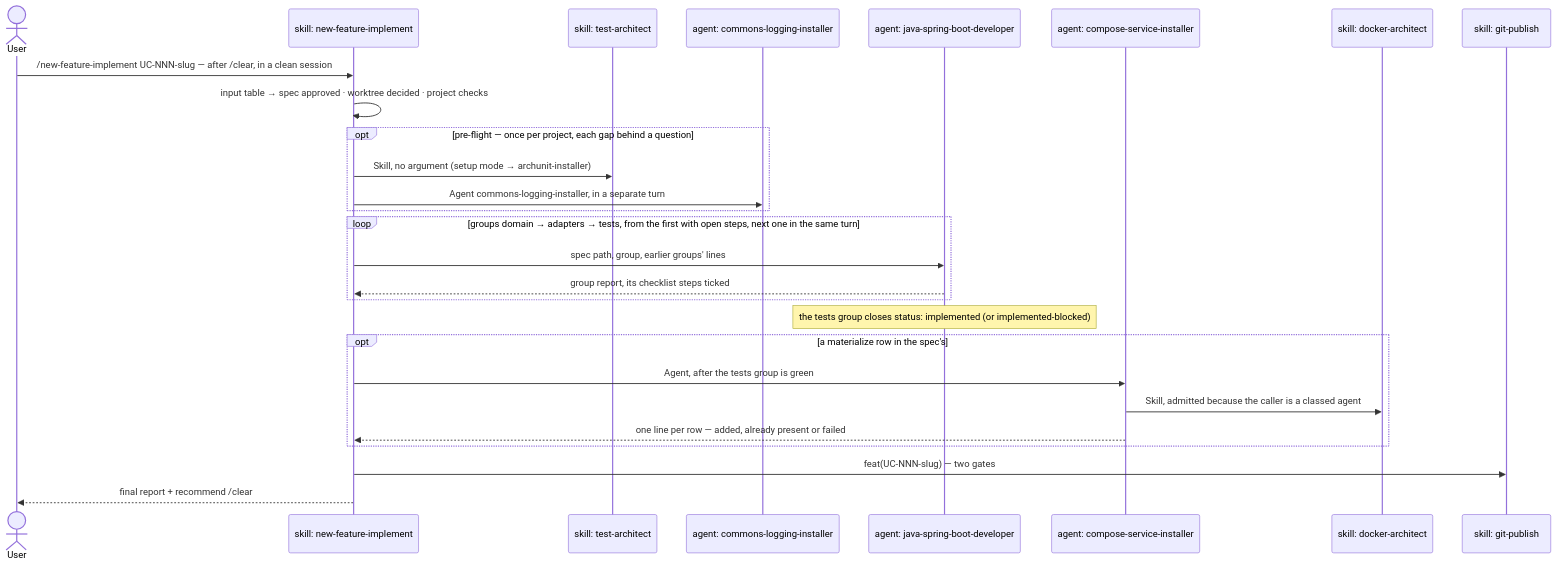
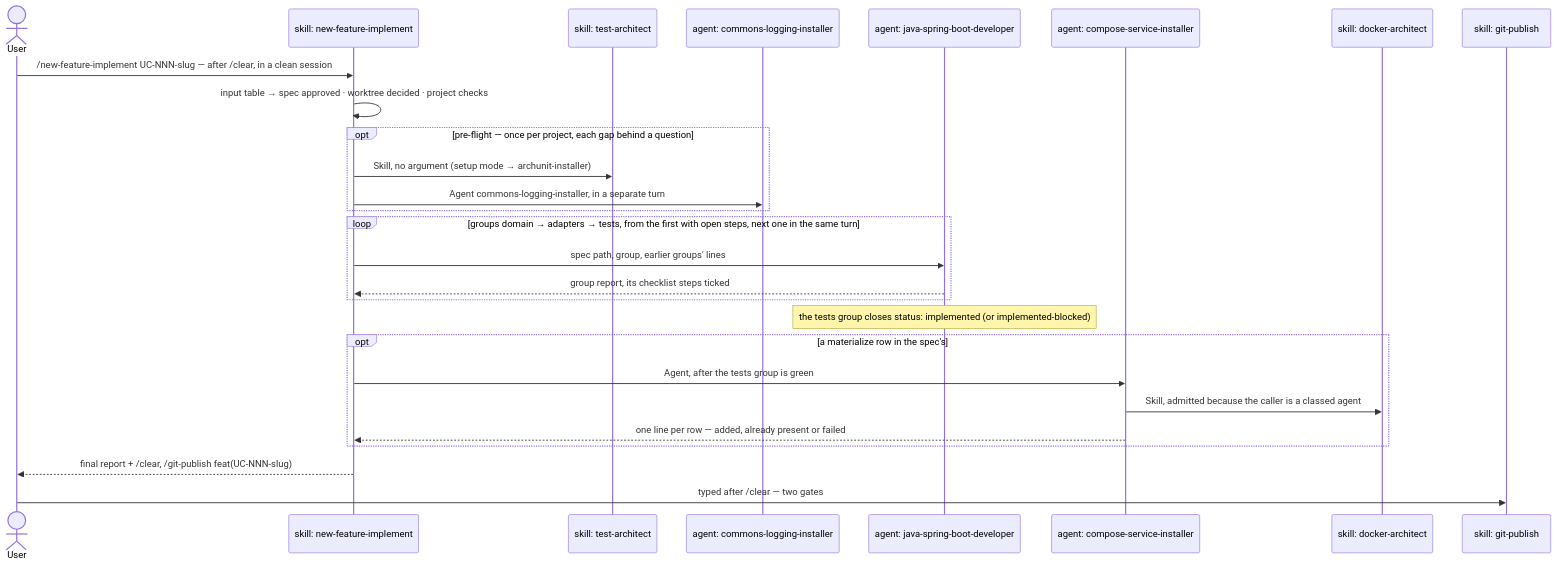
One commit to nerviz-ai/nerviz changed the second of 2 diagrams in docs/en/03-new-feature.md. Above: the diagram before and after it, drawn with Mermaid. The commit also changed other lines of this file and 16 other files, not shown here.

First line of the commit message:
fix: /new-feature and /new-feature-implement print /clear and the /git-publish line instead of invoking git-publish (0182)

````diff
--- a/docs/en/03-new-feature.md
+++ b/docs/en/03-new-feature.md
@@ -167,30 +168,30 @@
 ```mermaid
 sequenceDiagram
     actor U as User
     participant NFI as skill: new-feature-implement
     participant TST as skill: test-architect
     participant LOG as agent: commons-logging-installer
     participant DEV as agent: java-spring-boot-developer
     participant CMP as agent: compose-service-installer
     participant DKR as skill: docker-architect
     participant GIT as skill: git-publish
 
     U->>NFI: /new-feature-implement UC-NNN-slug — after /clear, in a clean session
     NFI->>NFI: input table → spec approved · worktree decided · project checks
     opt pre-flight — once per project, each gap behind a question
         NFI->>TST: Skill, no argument (setup mode → archunit-installer)
         NFI->>LOG: Agent commons-logging-installer, in a separate turn
     end
     loop groups domain → adapters → tests, from the first with open steps, next one in the same turn
         NFI->>DEV: spec path, group, earlier groups' lines
         DEV-->>NFI: group report, its checklist steps ticked
     end
     Note over DEV: the tests group closes status: implemented (or implemented-blocked)
     opt a materialize row in the spec's ## Infrastructure
         NFI->>CMP: Agent, after the tests group is green
         CMP->>DKR: Skill, admitted because the caller is a classed agent
         CMP-->>NFI: one line per row — added, already present or failed
     end
-    NFI->>GIT: feat(UC-NNN-slug) — two gates
-    NFI-->>U: final report + recommend /clear
+    NFI-->>U: final report + /clear, /git-publish feat(UC-NNN-slug)
+    U->>GIT: typed after /clear — two gates
 ```
````
